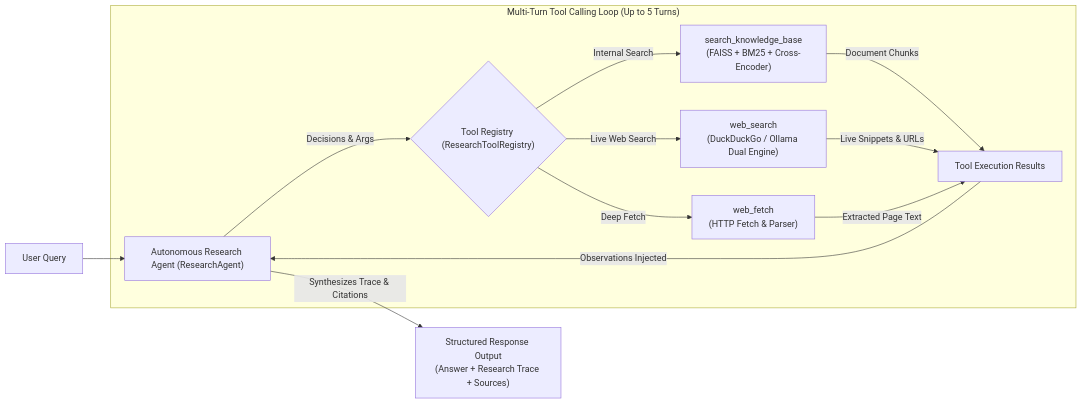
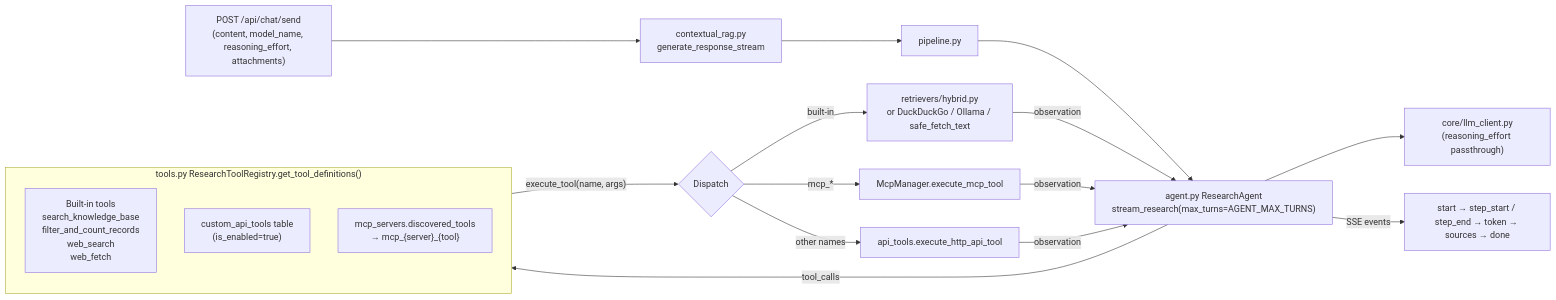
One commit to Scorpio-meow/AI-CB changed the fourth of 7 diagrams in docs/architecture_en.md. Above: the diagram before and after it, drawn with Mermaid. The commit also changed other lines of this file and 16 other files, not shown here.

First line of the commit message:
docs: 架構文件對齊 2.x 現況並新增 ADR-0002 路線圖與 CLAUDE.md

````diff
--- a/docs/architecture_en.md
+++ b/docs/architecture_en.md
@@ -117,18 +196,21 @@
 ```mermaid
 flowchart LR
-    UserQuery["User Query"] --> Agent["Autonomous Research Agent (ResearchAgent)"]
-    
-    subgraph ToolLoop ["Multi-Turn Tool Calling Loop (Up to 5 Turns)"]
-        Agent -->|Decisions & Args| Tools{"Tool Registry (ResearchToolRegistry)"}
-        Tools -->|Internal Search| LocalRAG["search_knowledge_base\n(FAISS + BM25 + Cross-Encoder)"]
-        Tools -->|Live Web Search| WebSearch["web_search\n(DuckDuckGo / Ollama Dual Engine)"]
-        Tools -->|Deep Fetch| WebFetch["web_fetch\n(HTTP Fetch & Parser)"]
-        
-        LocalRAG -->|Document Chunks| ToolResult["Tool Execution Results"]
-        WebSearch -->|Live Snippets & URLs| ToolResult
-        WebFetch -->|Extracted Page Text| ToolResult
-        ToolResult -->|Observations Injected| Agent
+    Send["POST /api/chat/send\n(content, model_name, reasoning_effort, attachments)"] --> Facade["contextual_rag.py\ngenerate_response_stream"]
+    Facade --> Pipeline["pipeline.py"]
+    Pipeline --> Agent["agent.py ResearchAgent\nstream_research(max_turns=AGENT_MAX_TURNS)"]
+
+    subgraph Registry ["tools.py ResearchToolRegistry.get_tool_definitions()"]
+        Builtin["Built-in tools\nsearch_knowledge_base\nfilter_and_count_records\nweb_search\nweb_fetch"]
+        Custom["custom_api_tools table\n(is_enabled=true)"]
+        Mcp["mcp_servers.discovered_tools\n→ mcp_{server}_{tool}"]
     end
 
-    Agent -->|Synthesizes Trace & Citations| FinalAnswer["Structured Response Output\n(Answer + Research Trace + Sources)"]
+    Agent -->|tool_calls| Registry
+    Registry -->|"execute_tool(name, args)"| Exec{"Dispatch"}
+    Exec -->|built-in| Hybrid["retrievers/hybrid.py\nor DuckDuckGo / Ollama / safe_fetch_text"]
+    Exec -->|mcp_*| McpExec["McpManager.execute_mcp_tool"]
+    Exec -->|other names| HttpExec["api_tools.execute_http_api_tool"]
+    Hybrid & McpExec & HttpExec -->|observation| Agent
+    Agent --> LLM["core/llm_client.py\n(reasoning_effort passthrough)"]
+    Agent -->|SSE events| Events["start → step_start / step_end → token → sources → done"]
 ```
````
